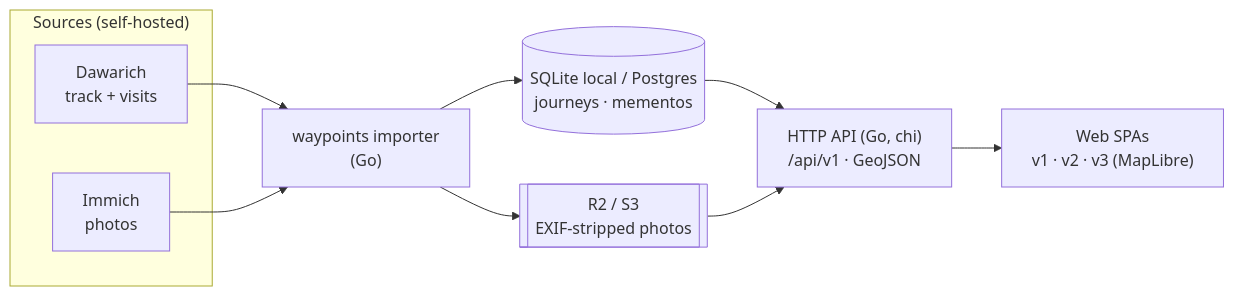
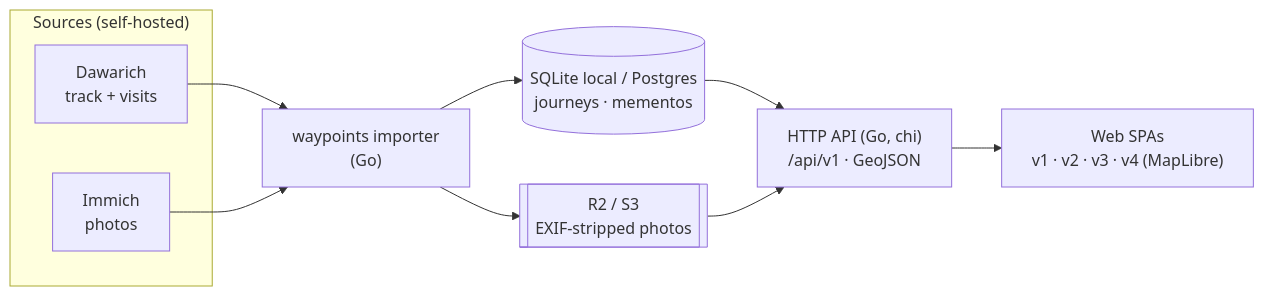
Before and after one commit to azusachino/felicia: the diagram in README.md, drawn with Mermaid. The commit also changed other lines of this file and 6 other files, not shown here.

````diff
--- a/README.md
+++ b/README.md
@@ -49,13 +50,13 @@
 ```mermaid
 flowchart LR
   subgraph S["Sources (self-hosted)"]
     daw["Dawarich\ntrack + visits"]
     imm["Immich\nphotos"]
   end
   daw & imm --> imp["waypoints importer\n(Go)"]
   imp --> db[("SQLite local / Postgres\njourneys · mementos")]
   imp --> r2[["R2 / S3\nEXIF-stripped photos"]]
   db --> api["HTTP API (Go, chi)\n/api/v1 · GeoJSON"]
   r2 --> api
-  api --> web["Web SPAs\nv1 · v2 · v3 (MapLibre)"]
+  api --> web["Web SPAs\nv1 · v2 · v3 · v4 (MapLibre)"]
 ```
````
